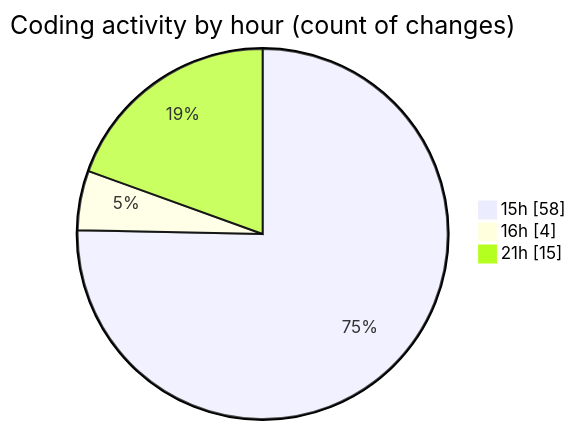
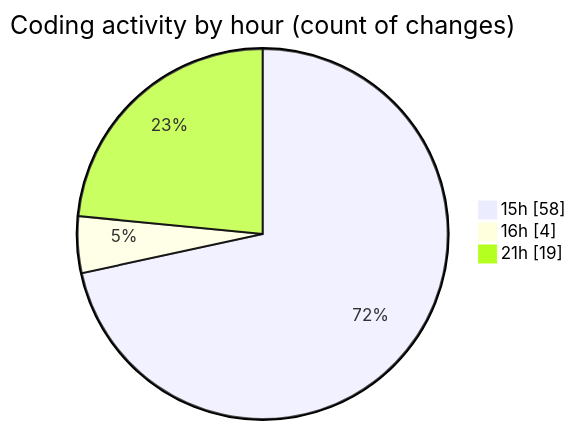
The second of 2 diagrams in 2026-01-22/cda-web-components/README.md (momahboobian/code-tracking), drawn with Mermaid before and after one commit. The commit also changed other lines of this file and 1 other file, not shown here.

````diff
--- a/2026-01-22/cda-web-components/README.md
+++ b/2026-01-22/cda-web-components/README.md
@@ -70,7 +70,7 @@
 ```mermaid
 pie showData
 title Coding activity by hour (count of changes)
 "15h" : 58
 "16h" : 4
-"21h" : 15
+"21h" : 19
 ```
````
